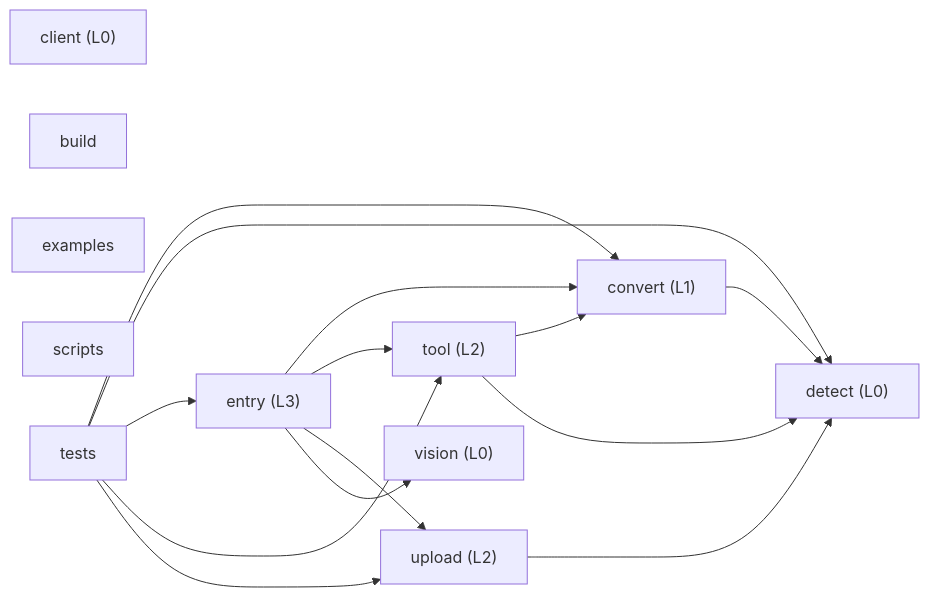
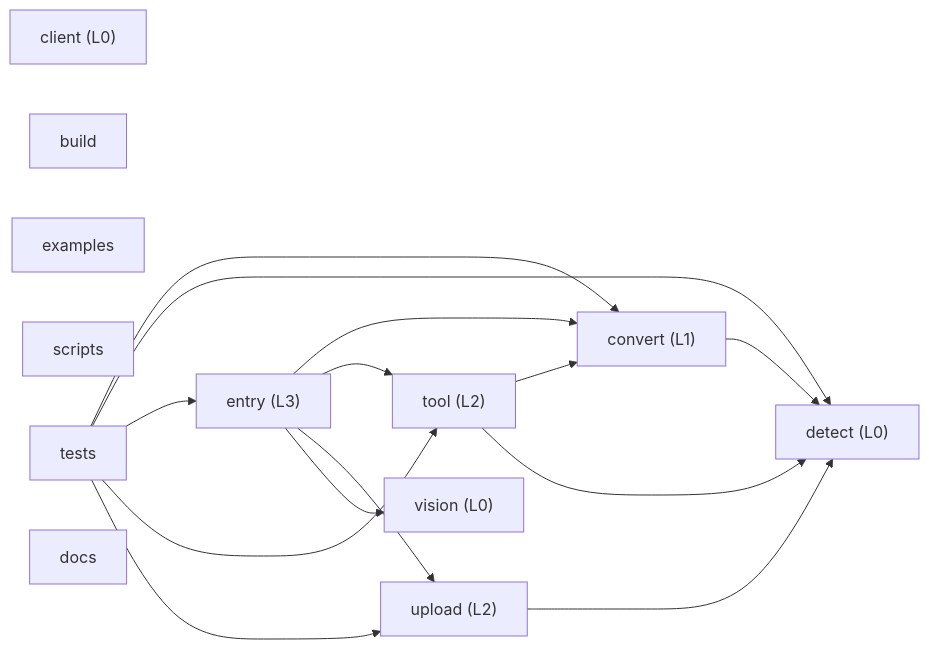
One commit to HongMing-Huang/dsh-file-upload changed the diagram in ARCHITECTURE.md. Above: the diagram before and after it, drawn with Mermaid. The commit also changed other lines of this file and 4 other files, not shown here.

First line of the commit message:
docs: record the branch-protection rules and the change flow (#18)

````diff
--- a/ARCHITECTURE.md
+++ b/ARCHITECTURE.md
@@ -77,27 +79,28 @@
 ```mermaid
 graph LR
   convert["convert (L1)"]
   upload["upload (L2)"]
   detect["detect (L0)"]
   vision["vision (L0)"]
   entry["entry (L3)"]
   tool["tool (L2)"]
   client["client (L0)"]
   build["build"]
   examples["examples"]
   scripts["scripts"]
   tests["tests"]
+  docs["docs"]
   convert --> detect
   upload --> detect
   entry --> convert
   entry --> tool
   entry --> upload
   entry --> vision
   tool --> convert
   tool --> detect
   tests --> convert
   tests --> detect
   tests --> entry
   tests --> tool
   tests --> upload
 ```
````
